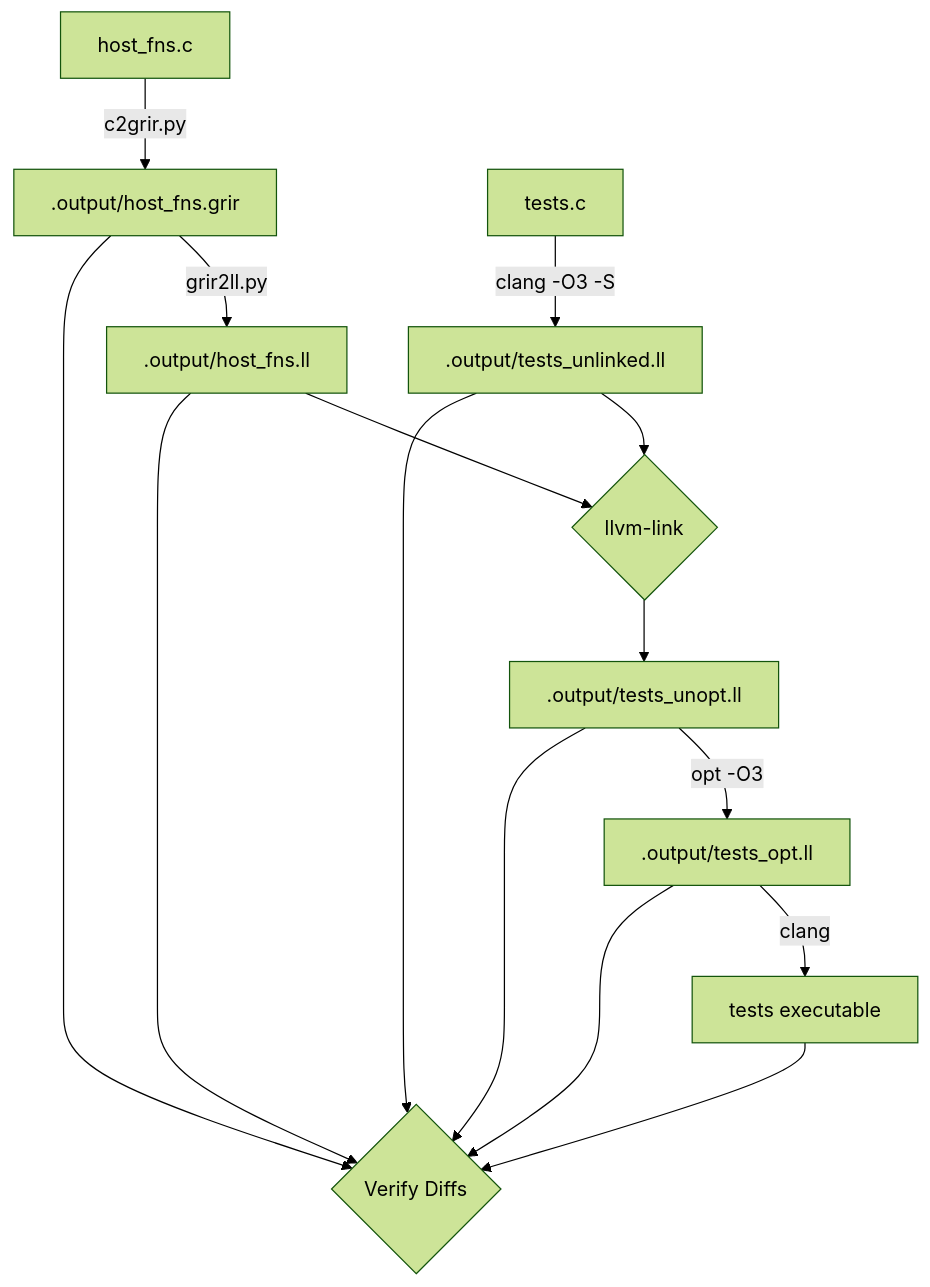
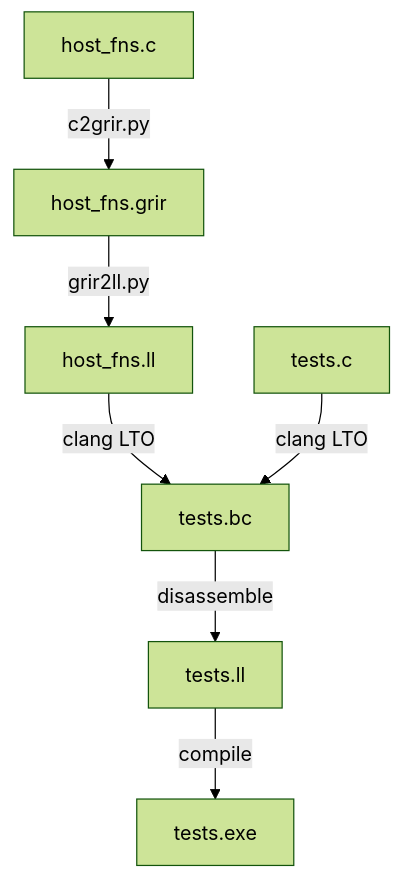
Before and after one commit to grug-lang/grug-ir: the diagram in README.md, drawn with Mermaid (forest theme). The commit also changed 5 other files, not shown here.

Commit message:
feat: replace llvm-link and opt with clang

````diff
--- a/README.md
+++ b/README.md
@@ -8,17 +8,8 @@
 ```mermaid
 graph TD
-    A[host_fns.c] -->|c2grir.py| B[.output/host_fns.grir]
-    B -->|grir2ll.py| C[.output/host_fns.ll]
-
-    D[tests.c] -->|clang -O3 -S| E[.output/tests_unlinked.ll]
-
-    C --> F{llvm-link}
-    E --> F
-    F --> G[.output/tests_unopt.ll]
-
-    G -->|opt -O3| H[.output/tests_opt.ll]
-    H -->|clang| I[tests executable]
-
-    I --> J{Verify Diffs}
-    B & C & E & G & H --> J
+    A[host_fns.c] -->|c2grir.py| B[host_fns.grir]
+    B -->|grir2ll.py| C[host_fns.ll]
+    C & D[tests.c] -->|clang LTO| E[tests.bc]
+    E -->|disassemble| F[tests.ll]
+    F -->|compile| G[tests.exe]
 ```
````
